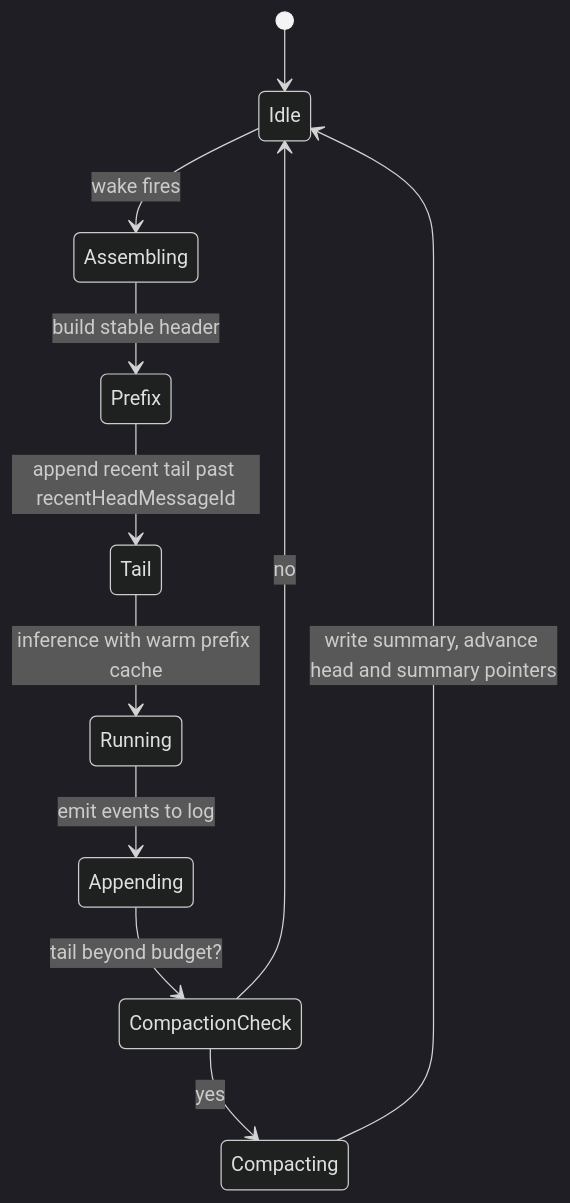
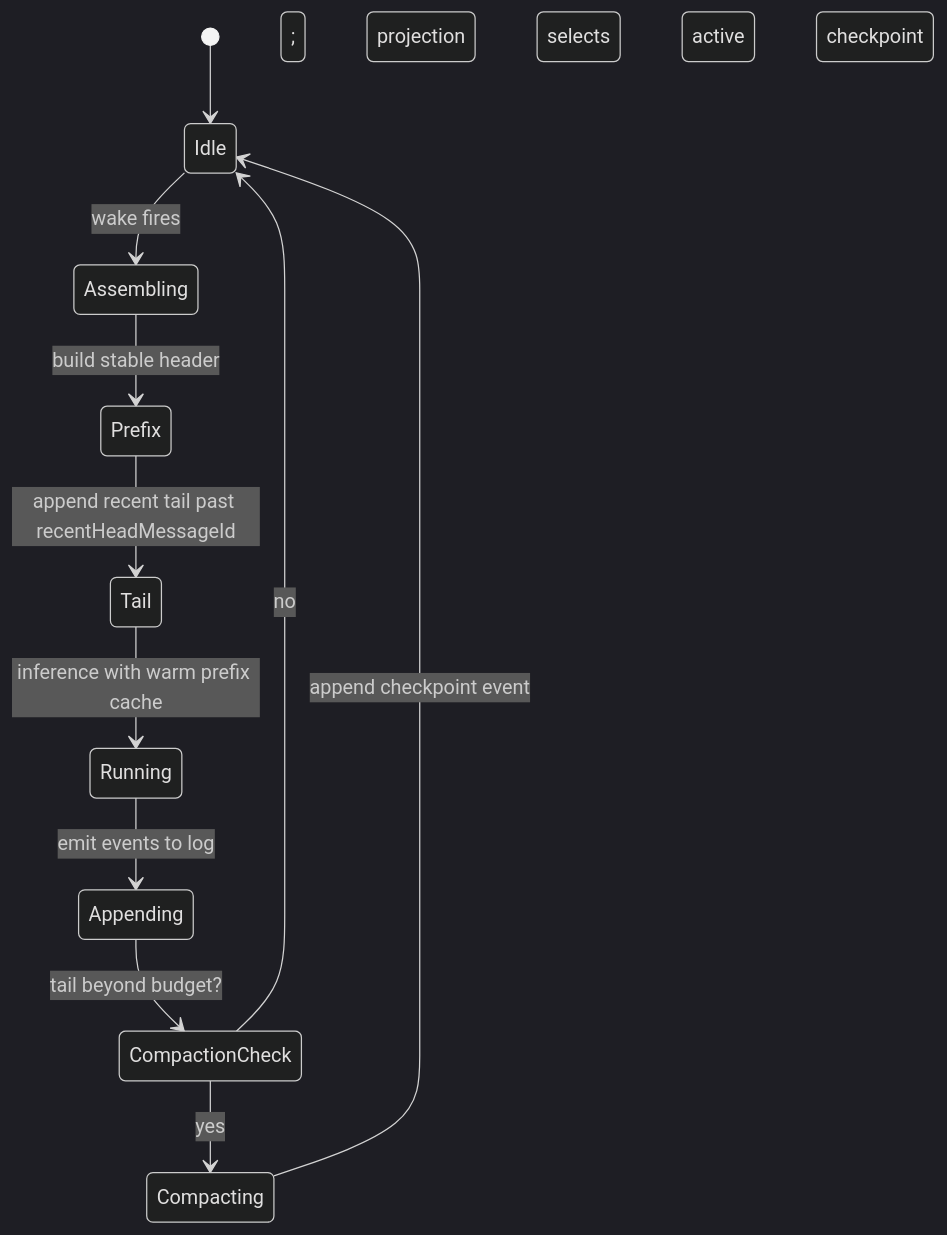
Before and after one commit to matthiasn/lotti: the third of 5 diagrams in docs/daily_os_ai_runtime_architecture.md, drawn with Mermaid (dark theme). The commit also changed other lines of this file and 3 other files, not shown here.

````diff
--- a/docs/daily_os_ai_runtime_architecture.md
+++ b/docs/daily_os_ai_runtime_architecture.md
@@ -150,13 +150,13 @@
 ```mermaid
 stateDiagram-v2
   [*] --> Idle
   Idle --> Assembling: wake fires
   Assembling --> Prefix: build stable header
   Prefix --> Tail: append recent tail past recentHeadMessageId
   Tail --> Running: inference with warm prefix cache
   Running --> Appending: emit events to log
   Appending --> CompactionCheck: tail beyond budget?
   CompactionCheck --> Compacting: yes
   CompactionCheck --> Idle: no
-  Compacting --> Idle: write summary, advance head and summary pointers
+  Compacting --> Idle: append checkpoint event; projection selects active checkpoint
 ```
````
